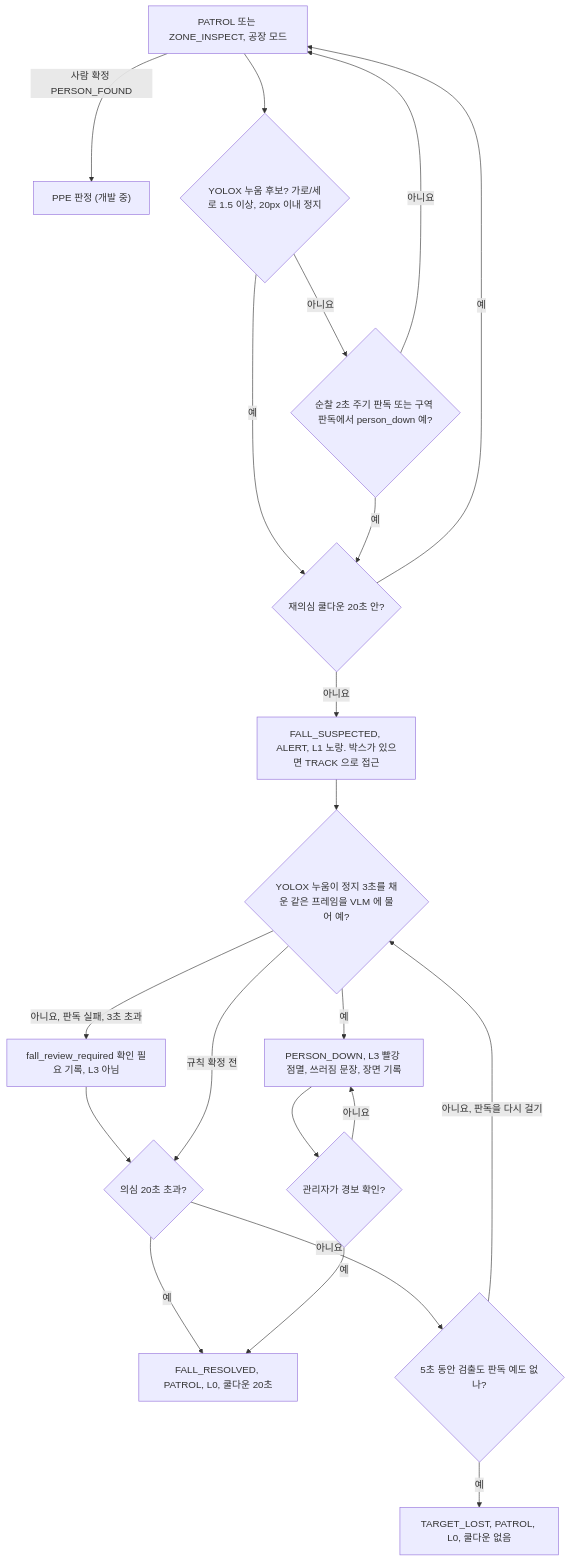
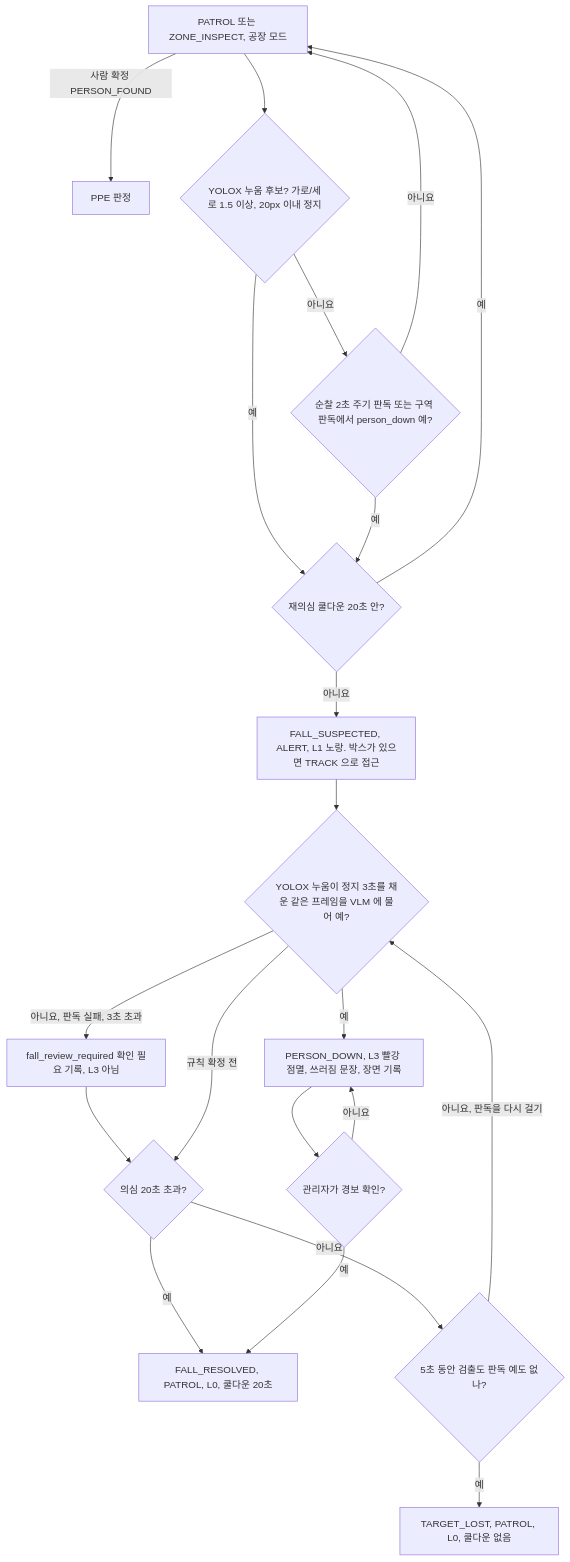
One commit to PJW-1/mechadog changed the diagram in docs/features/factory-fall.md. Above: the diagram before and after it, drawn with Mermaid. The commit also changed 15 other files, not shown here.

````diff
--- a/docs/features/factory-fall.md
+++ b/docs/features/factory-fall.md
@@ -8,23 +8,23 @@
 ```mermaid
 flowchart TD
-  A["PATROL 또는 ZONE_INSPECT, 공장 모드"] -->|사람 확정 PERSON_FOUND| PPE["PPE 판정 (개발 중)"]
+  A["PATROL 또는 ZONE_INSPECT, 공장 모드"] -->|사람 확정 PERSON_FOUND| PPE["PPE 판정"]
   A --> B{"YOLOX 누움 후보? 가로/세로 1.5 이상, 20px 이내 정지"}
   B -->|아니요| C{"순찰 2초 주기 판독 또는 구역 판독에서 person_down 예?"}
   C -->|아니요| A
   B -->|예| CD{"재의심 쿨다운 20초 안?"}
   C -->|예| CD
   CD -->|예| A
   CD -->|아니요| S["FALL_SUSPECTED, ALERT, L1 노랑. 박스가 있으면 TRACK 으로 접근"]
   S --> R{"YOLOX 누움이 정지 3초를 채운 같은 프레임을 VLM 에 물어 예?"}
   R -->|예| PD["PERSON_DOWN, L3 빨강 점멸, 쓰러짐 문장, 장면 기록"]
   R -->|아니요, 판독 실패, 3초 초과| RV["fall_review_required 확인 필요 기록, L3 아님"]
   RV --> T
   R -->|규칙 확정 전| T{"의심 20초 초과?"}
   T -->|예| RES["FALL_RESOLVED, PATROL, L0, 쿨다운 20초"]
   T -->|아니요| U{"5초 동안 검출도 판독 예도 없나?"}
   U -->|예| END["TARGET_LOST, PATROL, L0, 쿨다운 없음"]
   U -->|아니요, 판독을 다시 걸기| R
   PD --> M{"관리자가 경보 확인?"}
   M -->|예| RES
   M -->|아니요| PD
 ```
````
